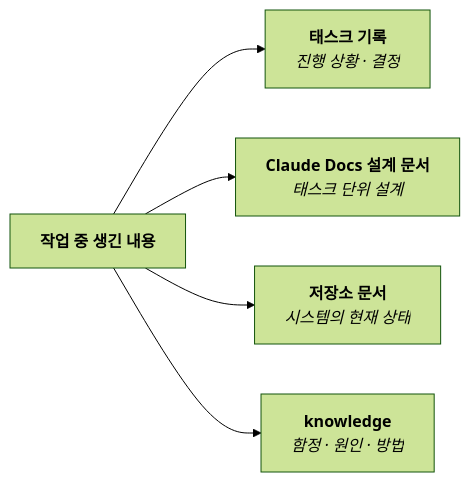
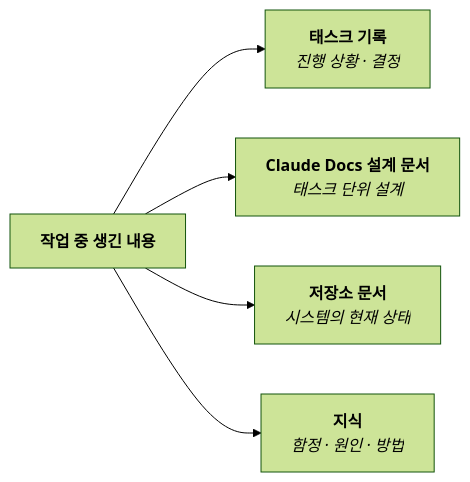
Before and after one commit to Othereum/agent-desk: the second of 2 diagrams in README.md, drawn with Mermaid (forest theme). The commit also changed other lines of this file and 5 other files, not shown here.

````diff
--- a/README.md
+++ b/README.md
@@ -157,11 +167,11 @@
 ```mermaid
 flowchart LR
     W["`**작업 중 생긴 내용**`"] --> T["`**태스크 기록**
 _진행 상황 · 결정_`"]
     W --> D["`**Claude Docs 설계 문서**
 _태스크 단위 설계_`"]
     W --> R["`**저장소 문서**
 _시스템의 현재 상태_`"]
-    W --> K["`**knowledge**
+    W --> K["`**지식**
 _함정 · 원인 · 방법_`"]
 ```
````
